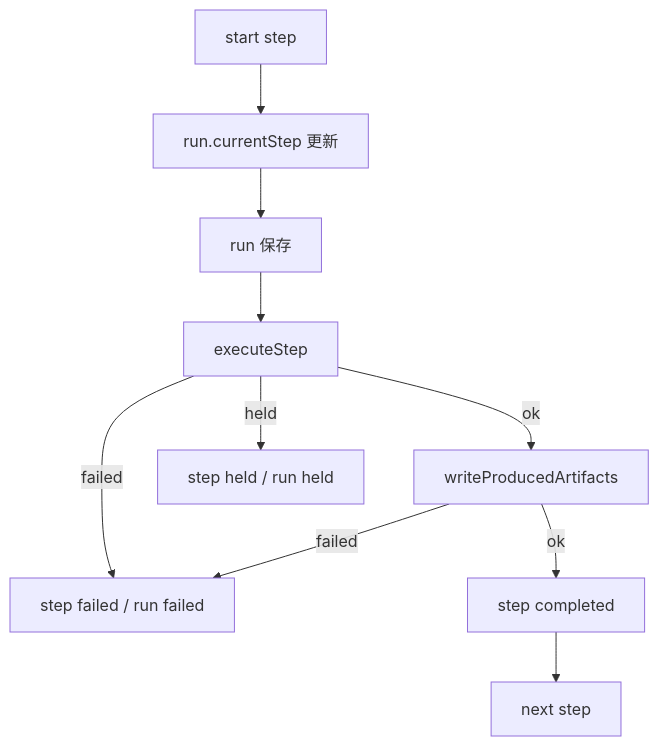
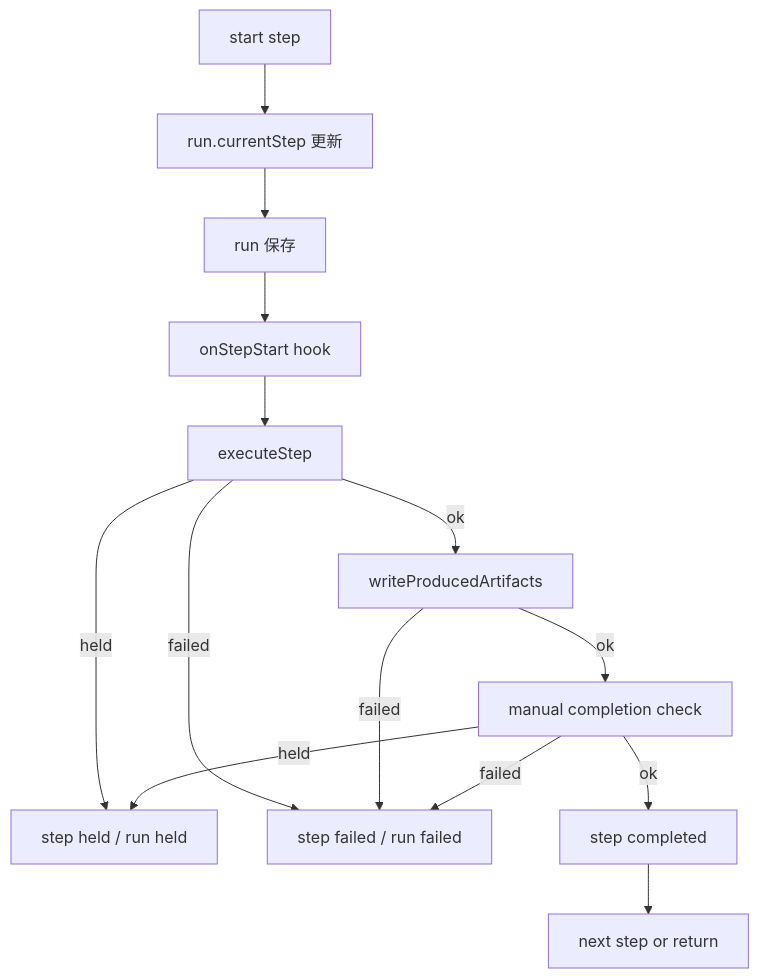
One commit to katamor1/bob_builtin_analyze changed the second of 2 diagrams in extensions/workflow-register/docs/detailed-design-ja.md. Above: the diagram before and after it, drawn with Mermaid. The commit also changed other lines of this file and 21 other files, not shown here.

````diff
--- a/extensions/workflow-register/docs/detailed-design-ja.md
+++ b/extensions/workflow-register/docs/detailed-design-ja.md
@@ -314,12 +322,16 @@
 ```mermaid
 flowchart TD
   A[start step] --> B[run.currentStep 更新]
   B --> C[run 保存]
-  C --> D[executeStep]
-  D -->|ok| E[writeProducedArtifacts]
-  D -->|held| H[step held / run held]
-  D -->|failed| F[step failed / run failed]
-  E -->|ok| G[step completed]
-  E -->|failed| F
-  G --> I[next step]
+  C --> D[onStepStart hook]
+  D --> E[executeStep]
+  E -->|ok| F[writeProducedArtifacts]
+  E -->|held| H[step held / run held]
+  E -->|failed| X[step failed / run failed]
+  F -->|ok| G[manual completion check]
+  F -->|failed| X
+  G -->|ok| I[step completed]
+  G -->|held| H
+  G -->|failed| X
+  I --> J[next step or return]
 ```
````
